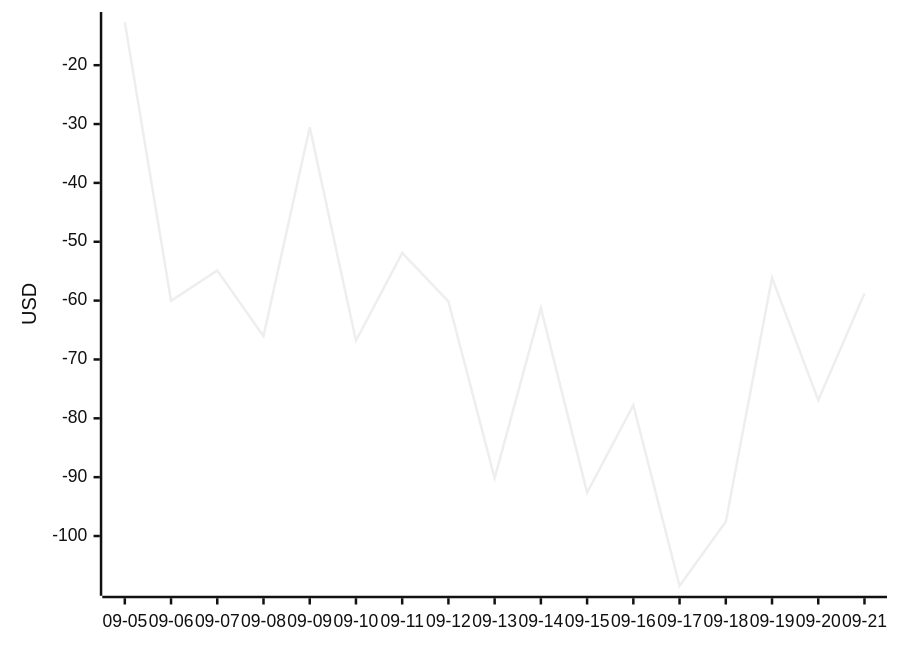
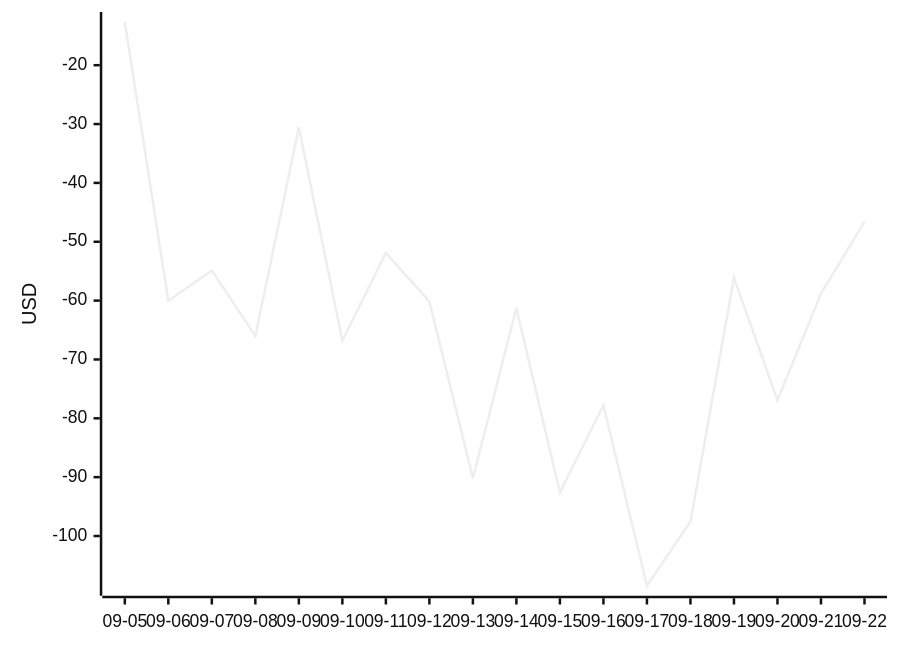
One commit to aryanvaid2108/prediction-trading changed the diagram in DASHBOARD.md. Above: the diagram before and after it, drawn with Mermaid (neutral theme). The commit also changed other lines of this file and 6 other files, not shown here.

````diff
--- a/DASHBOARD.md
+++ b/DASHBOARD.md
@@ -66,6 +66,6 @@
 ```mermaid
 xychart-beta
-  x-axis ["09-05", "09-06", "09-07", "09-08", "09-09", "09-10", "09-11", "09-12", "09-13", "09-14", "09-15", "09-16", "09-17", "09-18", "09-19", "09-20", "09-21"]
+  x-axis ["09-05", "09-06", "09-07", "09-08", "09-09", "09-10", "09-11", "09-12", "09-13", "09-14", "09-15", "09-16", "09-17", "09-18", "09-19", "09-20", "09-21", "09-22"]
   y-axis "USD"
-  line [-12.66, -60.03, -54.88, -66.03, -30.54, -66.82, -51.90, -60.13, -90.16, -61.28, -92.62, -77.76, -108.45, -97.57, -56.11, -76.93, -58.79]
+  line [-12.66, -60.03, -54.88, -66.03, -30.54, -66.82, -51.90, -60.13, -90.16, -61.28, -92.62, -77.76, -108.45, -97.57, -56.11, -76.93, -58.79, -46.62]
 ```
````
